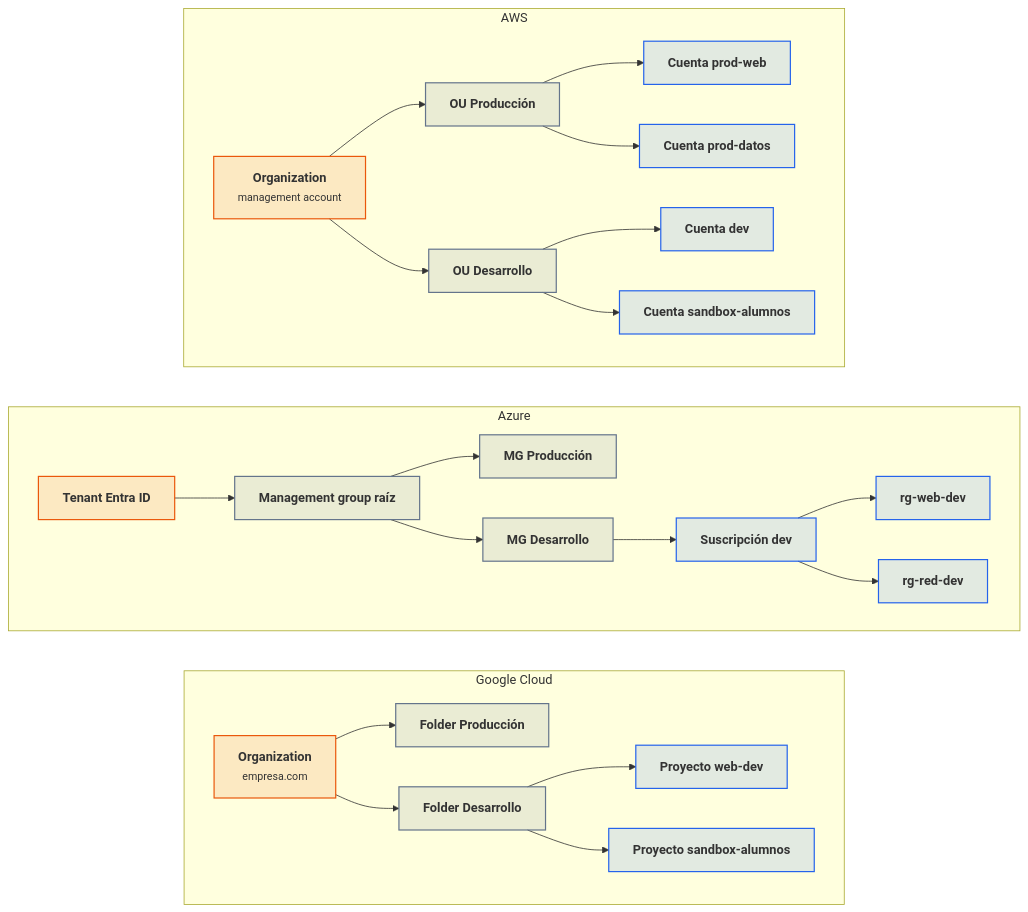
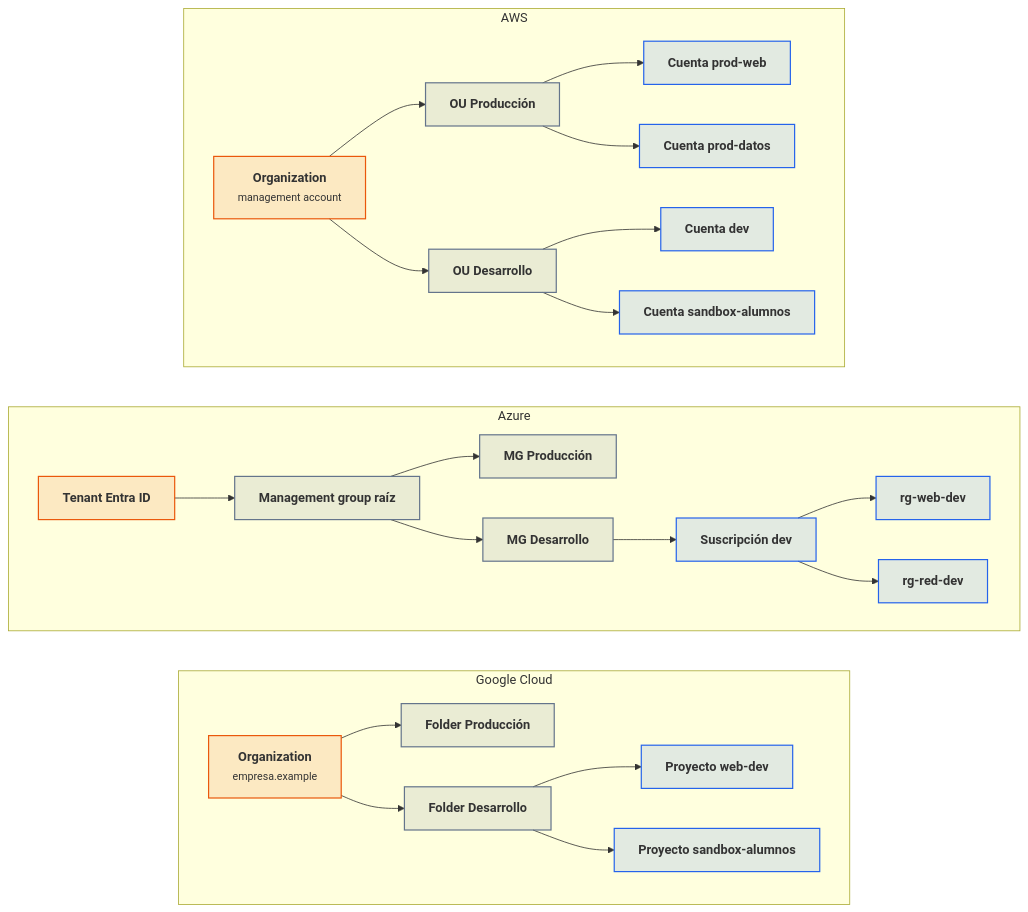
Before and after one commit to victor-educ/apuntes-5166: the fifth of 7 diagrams in docs/ut/ut4-nube-publica.md, drawn with Mermaid. The commit also changed other lines of this file and 10 other files, not shown here.

````diff
--- a/docs/ut/ut4-nube-publica.md
+++ b/docs/ut/ut4-nube-publica.md
@@ -220,42 +279,42 @@
 ```mermaid
 flowchart TD
     subgraph AWS["AWS"]
         ORG["<b>Organization</b><br><small>management account</small>"]:::act
         OU1["<b>OU Producción</b>"]:::pieza
         OU2["<b>OU Desarrollo</b>"]:::pieza
         C1["<b>Cuenta prod-web</b>"]:::dato
         C2["<b>Cuenta prod-datos</b>"]:::dato
         C3["<b>Cuenta dev</b>"]:::dato
         C4["<b>Cuenta sandbox-alumnos</b>"]:::dato
         ORG --> OU1 & OU2
         OU1 --> C1 & C2
         OU2 --> C3 & C4
     end
     subgraph AZ["Azure"]
         TEN["<b>Tenant Entra ID</b>"]:::act
         MG["<b>Management group raíz</b>"]:::pieza
         MG1["<b>MG Producción</b>"]:::pieza
         MG2["<b>MG Desarrollo</b>"]:::pieza
         SUB["<b>Suscripción dev</b>"]:::dato
         RG1["<b>rg-web-dev</b>"]:::dato
         RG2["<b>rg-red-dev</b>"]:::dato
         TEN --> MG --> MG1 & MG2
         MG2 --> SUB --> RG1 & RG2
     end
     subgraph GCP["Google Cloud"]
-        GORG["<b>Organization</b><br><small>empresa.com</small>"]:::act
+        GORG["<b>Organization</b><br><small>empresa.example</small>"]:::act
         F1["<b>Folder Producción</b>"]:::pieza
         F2["<b>Folder Desarrollo</b>"]:::pieza
         P1["<b>Proyecto web-dev</b>"]:::dato
         P2["<b>Proyecto sandbox-alumnos</b>"]:::dato
         GORG --> F1 & F2
         F2 --> P1 & P2
     end
     AWS ~~~ AZ ~~~ GCP
     classDef act fill:#ea580c22,stroke:#ea580c,stroke-width:1.5px
     classDef pieza fill:#64748b22,stroke:#64748b,stroke-width:1.5px
     classDef dato fill:#2563eb22,stroke:#2563eb,stroke-width:1.5px
     classDef infra fill:#a1a1aa14,stroke:#a1a1aa,stroke-width:1.5px
     classDef ok fill:#16a34a22,stroke:#16a34a,stroke-width:1.5px
     classDef riesgo fill:#dc262622,stroke:#dc2626,stroke-width:1.5px
 ```
````
